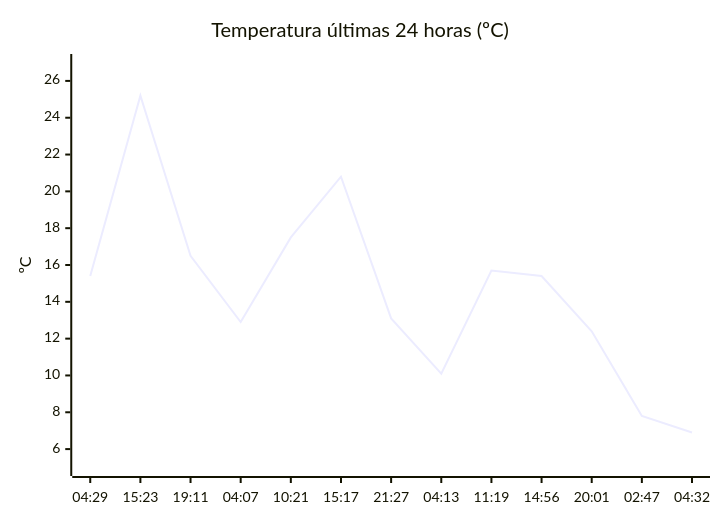
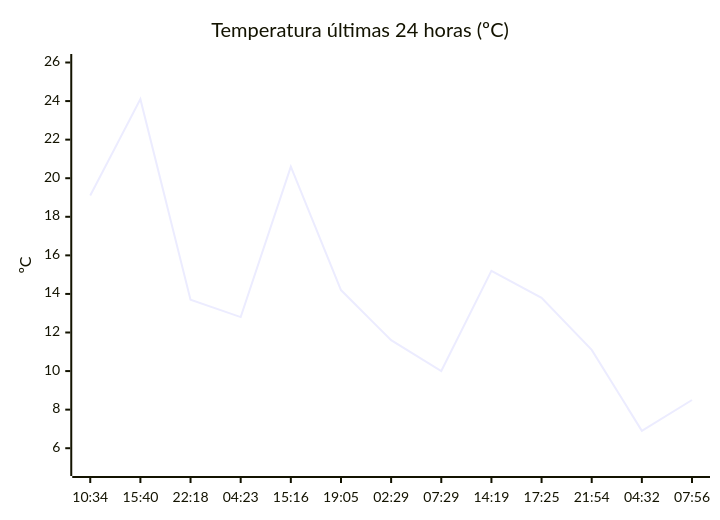
One commit to solidsnk86/rem-scrap changed the diagram in README.md. Above: the diagram before and after it, drawn with Mermaid. The commit also changed other lines of this file, not shown here.

````diff
--- a/README.md
+++ b/README.md
@@ -28,7 +32,7 @@
 ```mermaid
 xychart-beta
     title "Temperatura últimas 24 horas (ºC)"
-    x-axis ["04:29", "15:23", "19:11", "04:07", "10:21", "15:17", "21:27", "04:13", "11:19", "14:56", "20:01", "02:47", "04:32"]
-    y-axis "ºC" 5 --> 27
-    line [15.4, 25.2, 16.5, 12.9, 17.5, 20.8, 13.1, 10.1, 15.7, 15.4, 12.4, 7.8, 6.9]
+    x-axis ["10:34", "15:40", "22:18", "04:23", "15:16", "19:05", "02:29", "07:29", "14:19", "17:25", "21:54", "04:32", "07:56"]
+    y-axis "ºC" 5 --> 26
+    line [19.1, 24.1, 13.7, 12.8, 20.6, 14.2, 11.6, 10, 15.2, 13.8, 11.1, 6.9, 8.5]
 ```
````
